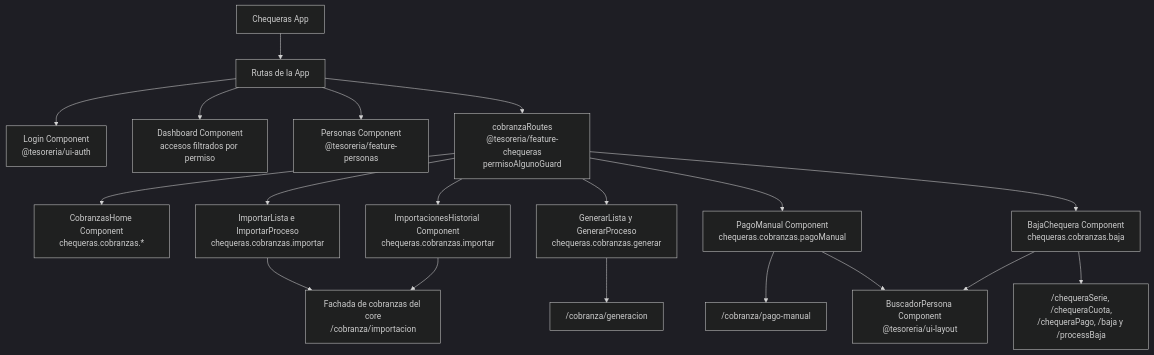
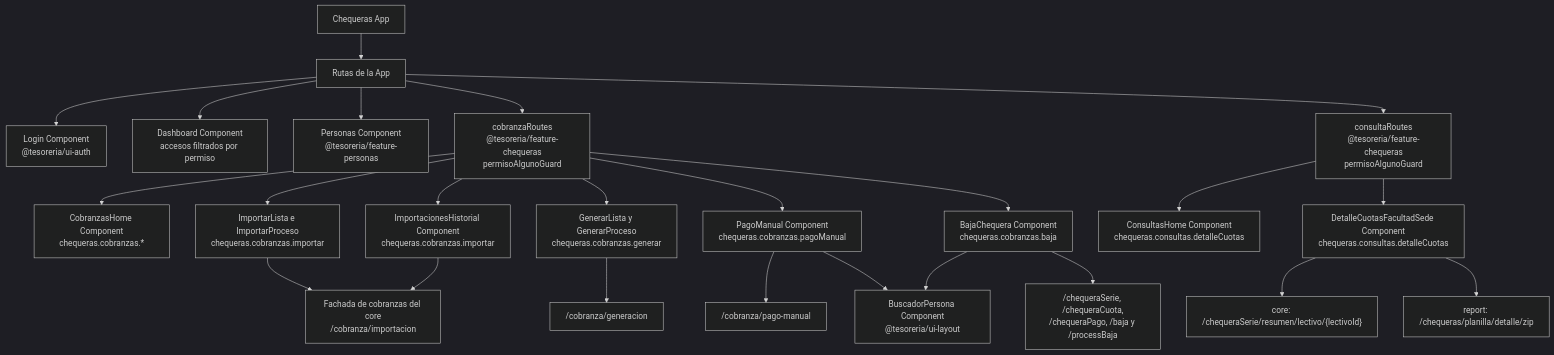
One commit to UM-services/UM.tesoreria.frontend-client changed the fifth of 8 diagrams in docs/architecture.md. Above: the diagram before and after it, drawn with Mermaid (dark theme). The commit also changed other lines of this file and 14 other files, not shown here.

First line of the commit message:
feat(chequeras): agrega sección Consultas

````diff
--- a/docs/architecture.md
+++ b/docs/architecture.md
@@ -273,23 +273,29 @@
 ```mermaid
     flowchart TD
     ChequerasApp["Chequeras App"] --> AppRoutes["Rutas de la App"]
     AppRoutes --> Login["Login Component<br/>@tesoreria/ui-auth"]
     AppRoutes --> Dashboard["Dashboard Component<br/>accesos filtrados por permiso"]
     AppRoutes --> Personas["Personas Component<br/>@tesoreria/feature-personas"]
     AppRoutes --> Cobranzas["cobranzaRoutes<br/>@tesoreria/feature-chequeras<br/>permisoAlgunoGuard"]
+    AppRoutes --> Consultas["consultaRoutes<br/>@tesoreria/feature-chequeras<br/>permisoAlgunoGuard"]
 
     Cobranzas --> CobranzasHome["CobranzasHome Component<br/>chequeras.cobranzas.*"]
     Cobranzas --> Importar["ImportarLista e ImportarProceso<br/>chequeras.cobranzas.importar"]
     Cobranzas --> Importaciones["ImportacionesHistorial Component<br/>chequeras.cobranzas.importar"]
     Cobranzas --> Generar["GenerarLista y GenerarProceso<br/>chequeras.cobranzas.generar"]
     Cobranzas --> PagoManual["PagoManual Component<br/>chequeras.cobranzas.pagoManual"]
     Cobranzas --> Baja["BajaChequera Component<br/>chequeras.cobranzas.baja"]
 
+    Consultas --> ConsultasHome["ConsultasHome Component<br/>chequeras.consultas.detalleCuotas"]
+    Consultas --> DetalleCuotas["DetalleCuotasFacultadSede Component<br/>chequeras.consultas.detalleCuotas"]
+
     Importar --> CobranzaAPI["Fachada de cobranzas del core<br/>/cobranza/importacion"]
     Importaciones --> CobranzaAPI
     Generar --> GeneracionAPI["/cobranza/generacion"]
     PagoManual --> PagoAPI["/cobranza/pago-manual"]
     Baja --> ChequeraAPI["/chequeraSerie, /chequeraCuota,<br/>/chequeraPago, /baja y /processBaja"]
+    DetalleCuotas --> ResumenAPI["core: /chequeraSerie/resumen/lectivo/{lectivoId}"]
+    DetalleCuotas --> ReportZip["report: /chequeras/planilla/detalle/zip"]
     PagoManual --> BuscadorPersona["BuscadorPersona Component<br/>@tesoreria/ui-layout"]
     Baja --> BuscadorPersona
 ```
````
